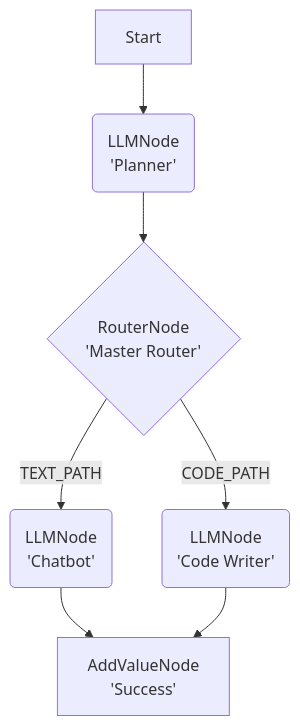
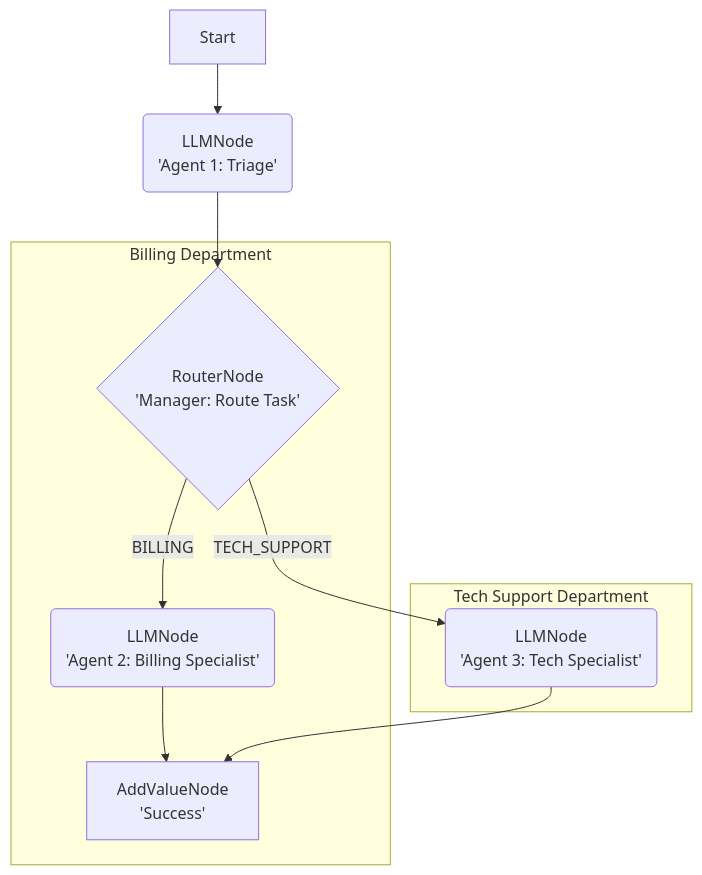
The diagram in README.md (partech2015/lar), drawn with Mermaid before and after one commit. The commit also changed other lines of this file and 1 other file, not shown here.

````diff
--- a/README.md
+++ b/README.md
@@ -141,11 +142,15 @@
 ```mermaid
 graph TD
-    A[Start] --> B(LLMNode<br/>'Planner');
-    B --> C{RouterNode<br/>'Master Router'};
+    A[Start] --> B(LLMNode<br/>'Agent 1: Triage');
+    B --> C{RouterNode<br/>'Manager: Route Task'};
     
-    C -- "TEXT_PATH" --> D(LLMNode<br/>'Chatbot');
-    C -- "CODE_PATH" --> E(LLMNode<br/>'Code Writer');
+    subgraph "Billing Department"
+        C -- "BILLING" --> D(LLMNode<br/>'Agent 2: Billing Specialist');
+        D --> F[AddValueNode<br/>'Success'];
+    end
 
-    D --> F[AddValueNode<br/>'Success'];
-    E --> F;
-``` 
+    subgraph "Tech Support Department"
+        C -- "TECH_SUPPORT" --> E(LLMNode<br/>'Agent 3: Tech Specialist');
+        E --> F;
+    end
+```
````
